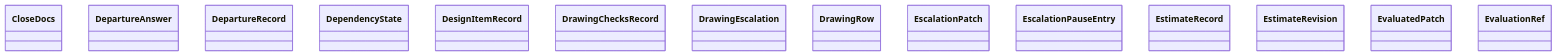
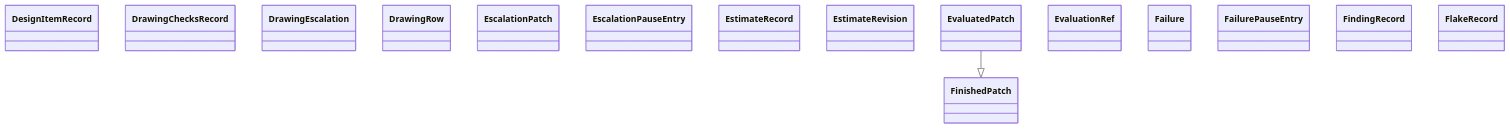
Before and after one commit to GonzaloZevallos/agentic-system: the diagram in docs/architecture/generated/classes-process-domain-state-5.md, drawn with Mermaid. The commit also changed other lines of this file and 22 other files, not shown here.

Commit message:
Regenerate the architecture docs after merging master

````diff
--- a/docs/architecture/generated/classes-process-domain-state-5.md
+++ b/docs/architecture/generated/classes-process-domain-state-5.md
@@ -30,17 +30,19 @@
 ```mermaid
 classDiagram
-    class task__CloseDocs["CloseDocs"]
-    class task__DepartureAnswer["DepartureAnswer"]
-    class task__DepartureRecord["DepartureRecord"]
-    class task__DependencyState["DependencyState"]
     class task__DesignItemRecord["DesignItemRecord"]
     class task__DrawingChecksRecord["DrawingChecksRecord"]
     class task__DrawingEscalation["DrawingEscalation"]
     class task__DrawingRow["DrawingRow"]
     class task__EscalationPatch["EscalationPatch"]
     class task__EscalationPauseEntry["EscalationPauseEntry"]
     class task__EstimateRecord["EstimateRecord"]
     class task__EstimateRevision["EstimateRevision"]
     class task__EvaluatedPatch["EvaluatedPatch"]
     class task__EvaluationRef["EvaluationRef"]
+    class task__Failure["Failure"]
+    class task__FailurePauseEntry["FailurePauseEntry"]
+    class task__FindingRecord["FindingRecord"]
+    class task__FinishedPatch["FinishedPatch"]
+    class task__FlakeRecord["FlakeRecord"]
+    task__EvaluatedPatch --|> task__FinishedPatch
 ```
````
